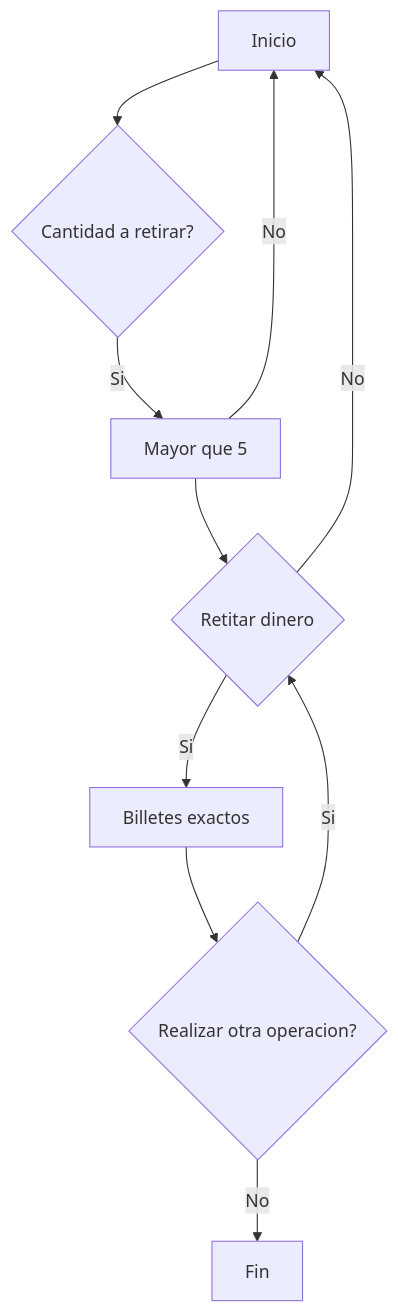
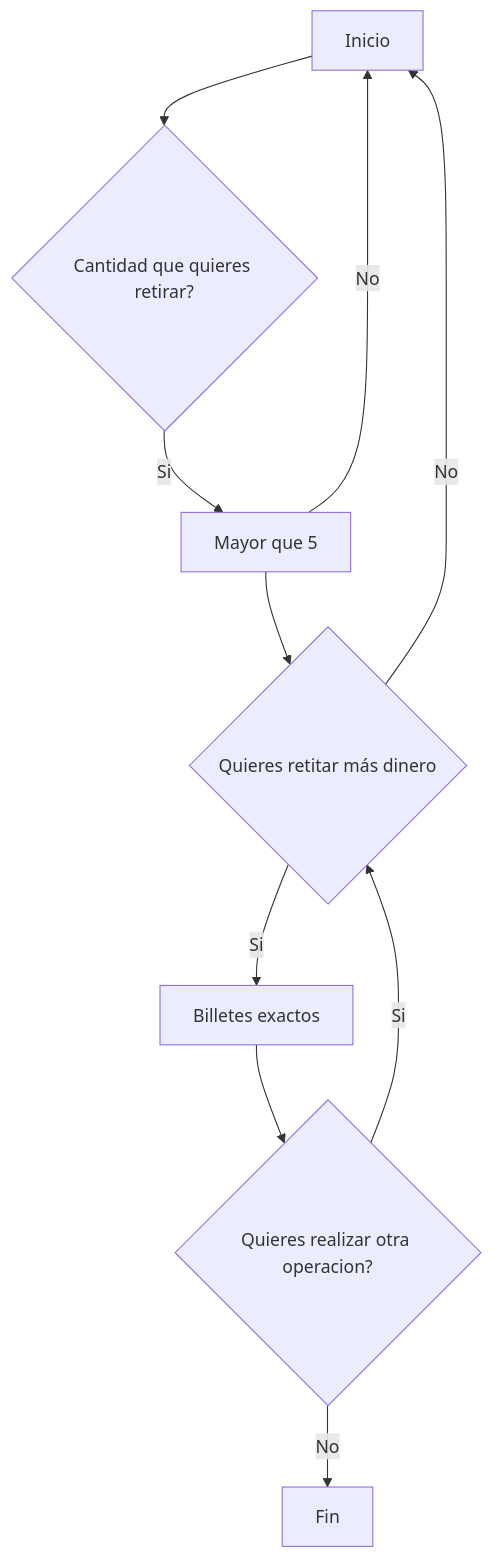
Before and after one commit to fernando-daw/diagramas: the diagram in README.md, drawn with Mermaid.

````diff
--- a/README.md
+++ b/README.md
@@ -3,16 +3,16 @@
 ```mermaid
 graph TD;
-A[Inicio] --> B{Cantidad a retirar?}
+A[Inicio] --> B{Cantidad que quieres retirar?}
 C-->|No|A
 B-->|Si|C
 C[Mayor que 5]
---> D{Retitar dinero}
+--> D{Quieres retitar más dinero}
 D-->|Si|E
 D-->|No|A
 E[Billetes exactos]
---> G{Realizar otra operacion?}
+--> G{Quieres realizar otra operacion?}
 G-->|Si|D
 G-->|No|H
 H[Fin] 
 
 ```
````
